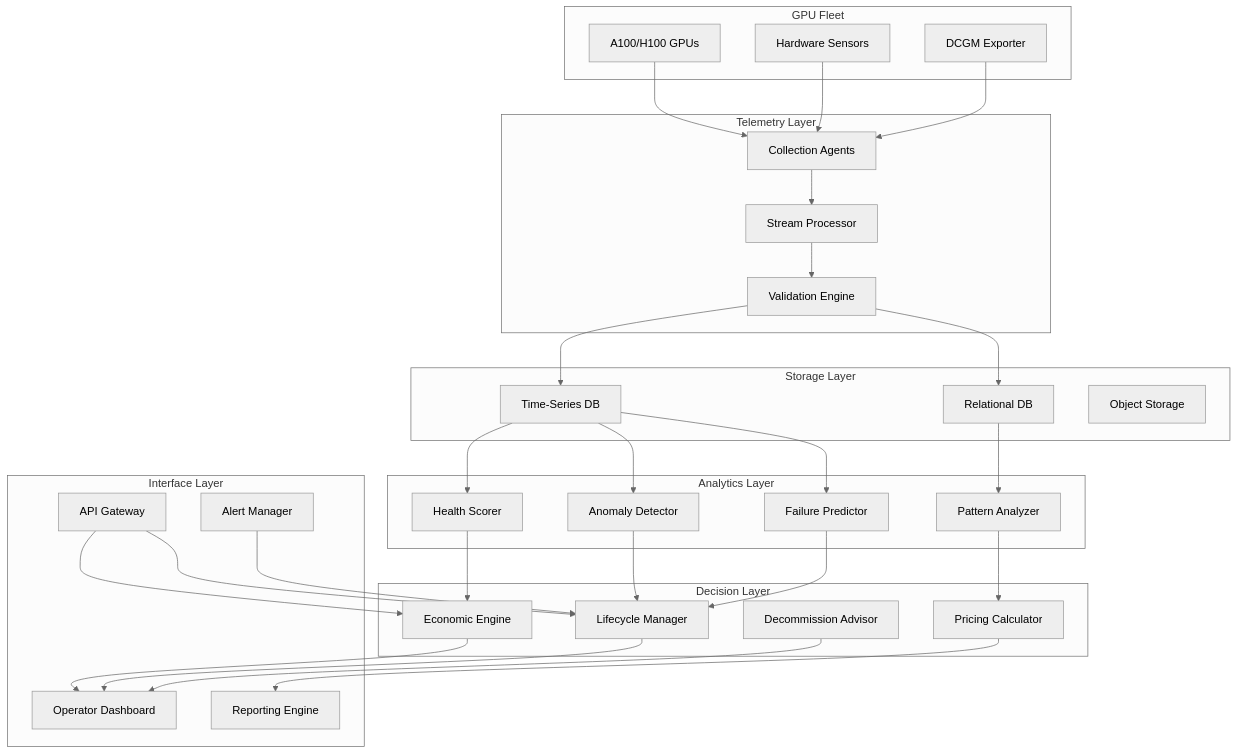
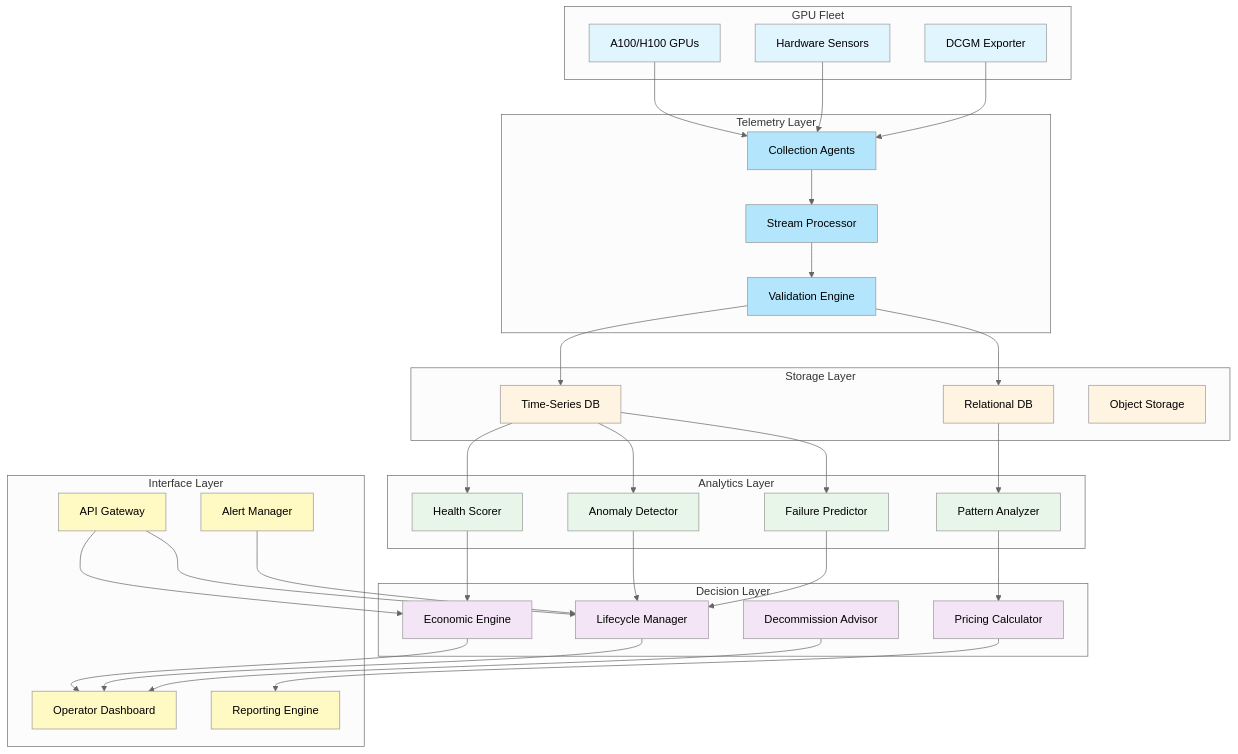
Before and after one commit to SolidRegardless/gpu-health-monitor: the first of 12 diagrams in gpu-health-system-architecture.md, drawn with Mermaid (neutral theme). The commit also changed other lines of this file, not shown here.

Commit message:
Add color-coded Mermaid diagrams to system architecture document

````diff
--- a/gpu-health-system-architecture.md
+++ b/gpu-health-system-architecture.md
@@ -115,4 +115,26 @@
     I2 --> D1
     I2 --> D2
     I3 --> D2
+    
+    style GPU1 fill:#e1f5ff
+    style GPU2 fill:#e1f5ff
+    style GPU3 fill:#e1f5ff
+    style T1 fill:#b3e5fc
+    style T2 fill:#b3e5fc
+    style T3 fill:#b3e5fc
+    style S1 fill:#fff4e1
+    style S2 fill:#fff4e1
+    style S3 fill:#fff4e1
+    style A1 fill:#e8f5e9
+    style A2 fill:#e8f5e9
+    style A3 fill:#e8f5e9
+    style A4 fill:#e8f5e9
+    style D1 fill:#f3e5f5
+    style D2 fill:#f3e5f5
+    style D3 fill:#f3e5f5
+    style D4 fill:#f3e5f5
+    style I1 fill:#fff9c4
+    style I2 fill:#fff9c4
+    style I3 fill:#fff9c4
+    style I4 fill:#fff9c4
 ```
````
